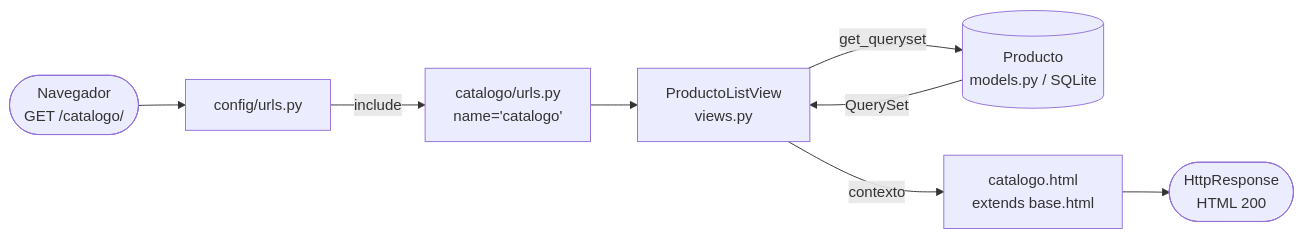
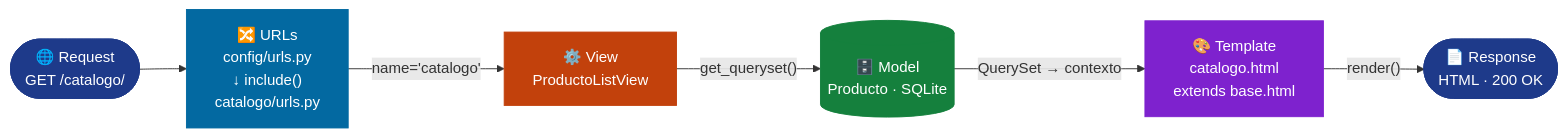
Before and after one commit to devjuancarlos10/SEMANA-11---PRACTICA--DAW---02: the first of 3 diagrams in README.md, drawn with Mermaid. The commit also changed other lines of this file and 1 other file, not shown here.

````diff
--- a/README.md
+++ b/README.md
@@ -109,10 +141,14 @@
 ```mermaid
 flowchart LR
-    A([Navegador<br/>GET /catalogo/]) --> B[config/urls.py]
-    B -->|include| C[catalogo/urls.py<br/>name='catalogo']
-    C --> D[ProductoListView<br/>views.py]
-    D -->|get_queryset| E[(Producto<br/>models.py / SQLite)]
-    E -->|QuerySet| D
-    D -->|contexto| F[catalogo.html<br/>extends base.html]
-    F --> G([HttpResponse<br/>HTML 200])
+    A(["🌐 Request<br/>GET /catalogo/"]):::req --> B["🔀 URLs<br/>config/urls.py<br/>↓ include()<br/>catalogo/urls.py"]:::url
+    B -->|"name='catalogo'"| C["⚙️ View<br/>ProductoListView"]:::view
+    C -->|"get_queryset()"| D[("🗄️ Model<br/>Producto · SQLite")]:::model
+    D -->|"QuerySet → contexto"| E["🎨 Template<br/>catalogo.html<br/>extends base.html"]:::tpl
+    E -->|"render()"| F(["📄 Response<br/>HTML · 200 OK"]):::req
+
+    classDef req fill:#1e3a8a,stroke:#1e3a8a,color:#fff
+    classDef url fill:#0369a1,stroke:#0369a1,color:#fff
+    classDef view fill:#c2410c,stroke:#c2410c,color:#fff
+    classDef model fill:#15803d,stroke:#15803d,color:#fff
+    classDef tpl fill:#7e22ce,stroke:#7e22ce,color:#fff
 ```
````
